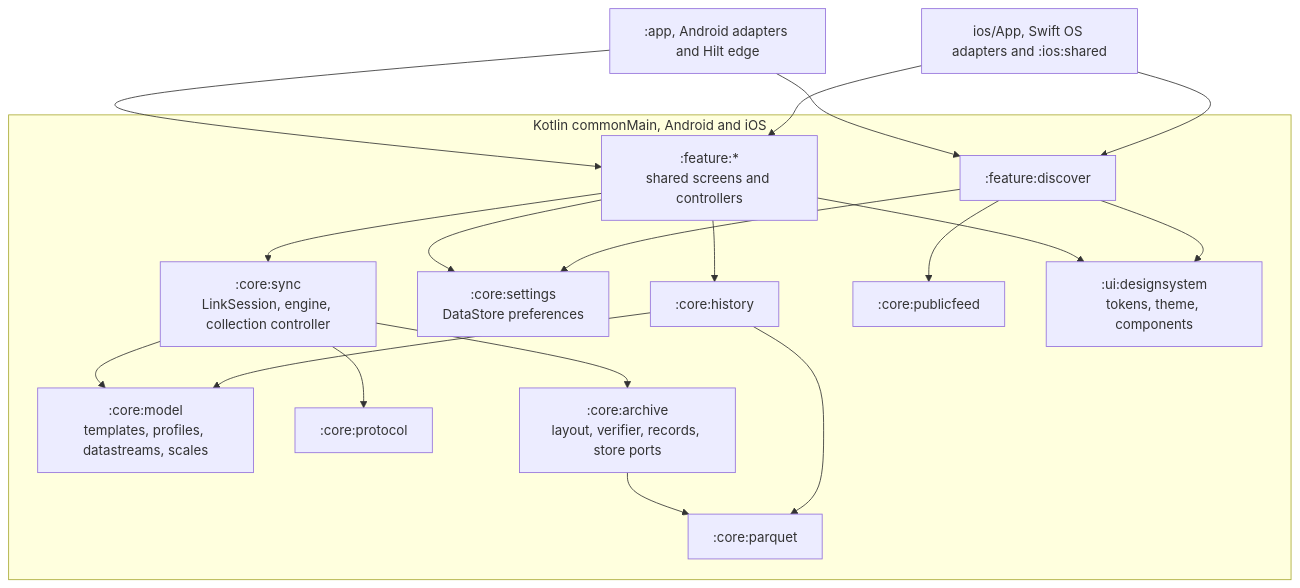
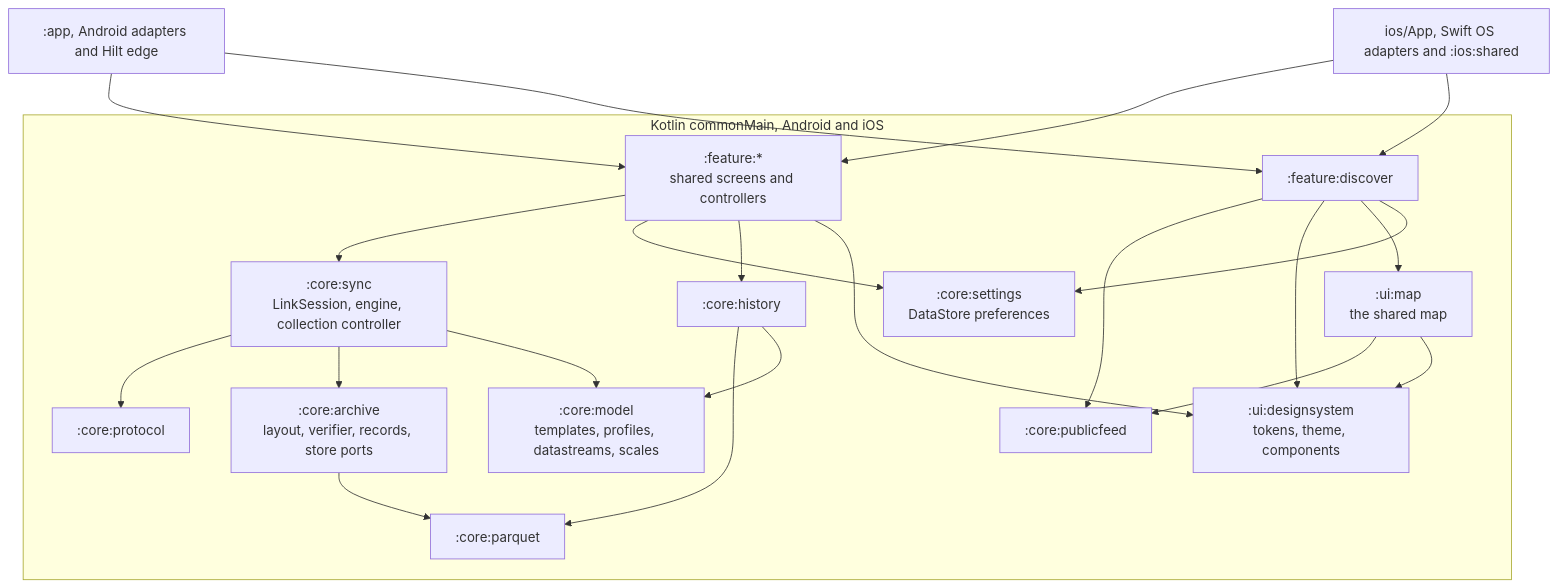
The second of 3 diagrams in docs/architecture.md (walkthru-earth/opensensor-space-mobile), drawn with Mermaid before and after one commit. The commit also changed other lines of this file and 53 other files, not shown here.

First line of the commit message:
Move the map into a shared ui:map module (#275)

````diff
--- a/docs/architecture.md
+++ b/docs/architecture.md
@@ -107,25 +109,27 @@
 ```mermaid
 flowchart TB
   subgraph shared["Kotlin commonMain, Android and iOS"]
     MO[":core:model<br/>templates, profiles, datastreams, scales"]
     PR2[":core:protocol"]
     SY[":core:sync<br/>LinkSession, engine, collection controller"]
     AR[":core:archive<br/>layout, verifier, records, store ports"]
     ST[":core:settings<br/>DataStore preferences"]
     PQ2[":core:parquet"]
     HI2[":core:history"]
     PF[":core:publicfeed"]
     DS[":ui:designsystem<br/>tokens, theme, components"]
+    MP[":ui:map<br/>the shared map"]
     FE[":feature:*<br/>shared screens and controllers"]
     DI[":feature:discover"]
   end
   APP2[":app, Android adapters and Hilt edge"]
   IOS2["ios/App, Swift OS adapters and :ios:shared"]
   SY --> PR2 & AR & MO
   AR --> PQ2
   HI2 --> PQ2 & MO
   FE --> SY & ST & HI2 & DS
-  DI --> PF & DS & ST
+  MP --> PF & DS
+  DI --> PF & DS & MP & ST
   APP2 --> FE & DI
   IOS2 --> FE & DI
 ```
````
